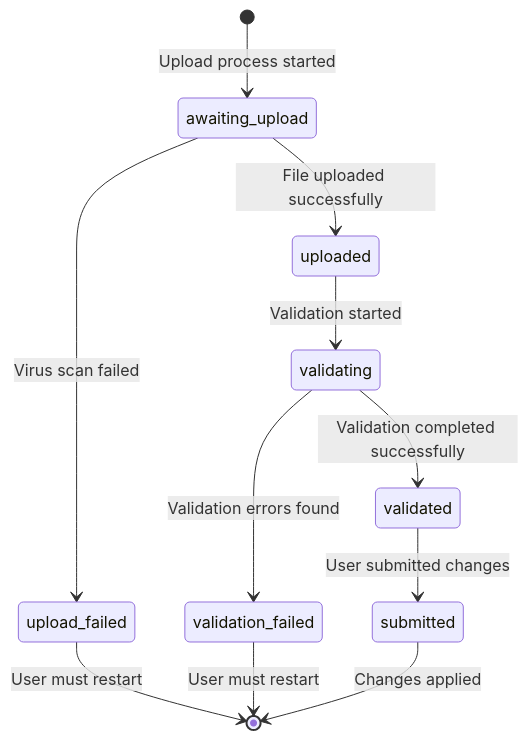
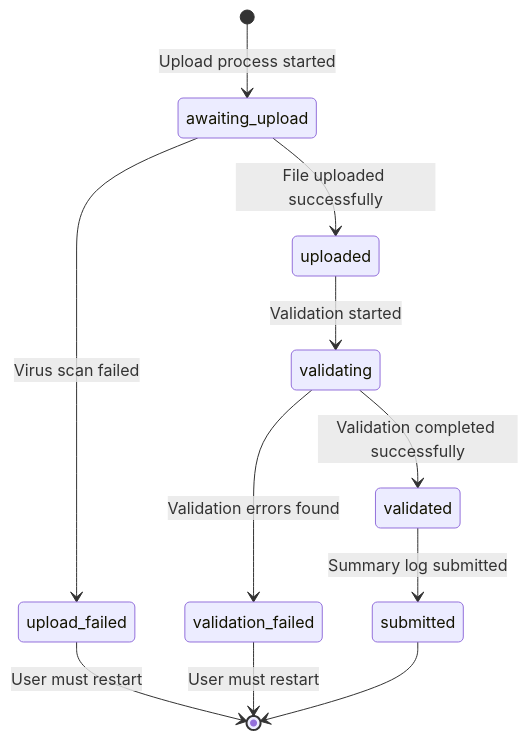
One commit to DEFRA/epr-backend changed the third of 10 diagrams in docs/architecture/discovery/pepr-hld.md. Above: the diagram before and after it, drawn with Mermaid.

Commit message:
Fix state transition label: 'Summary log submitted'

````diff
--- a/docs/architecture/discovery/pepr-hld.md
+++ b/docs/architecture/discovery/pepr-hld.md
@@ -247,13 +247,13 @@
 ```mermaid
 stateDiagram-v2
     [*] --> awaiting_upload: Upload process started
     awaiting_upload --> uploaded: File uploaded successfully
     awaiting_upload --> upload_failed: Virus scan failed
     uploaded --> validating: Validation started
     validating --> validation_failed: Validation errors found
     validating --> validated: Validation completed successfully
-    validated --> submitted: User submitted changes
+    validated --> submitted: Summary log submitted
     upload_failed --> [*]: User must restart
     validation_failed --> [*]: User must restart
-    submitted --> [*]: Changes applied
+    submitted --> [*]
 ```
````
